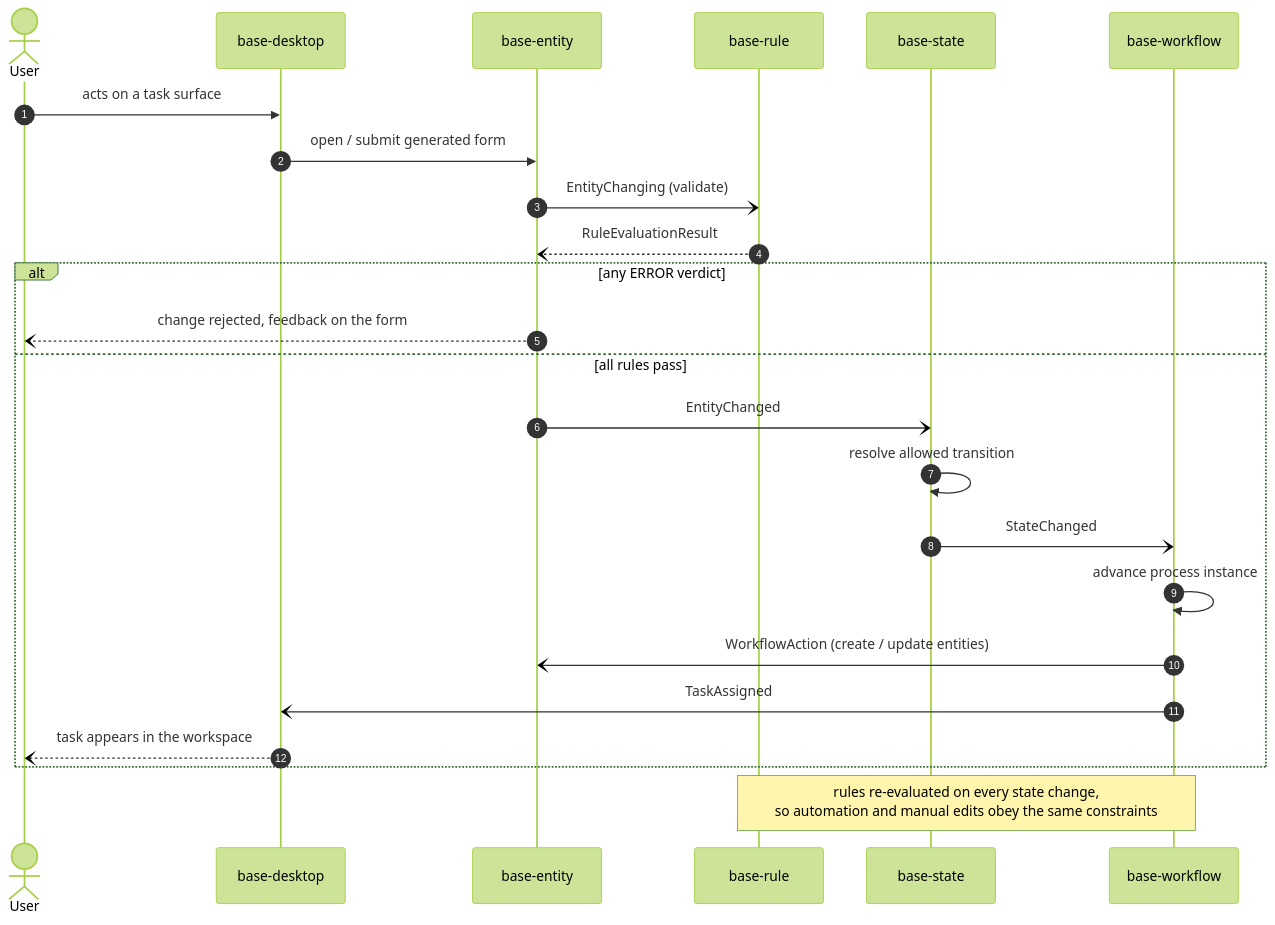
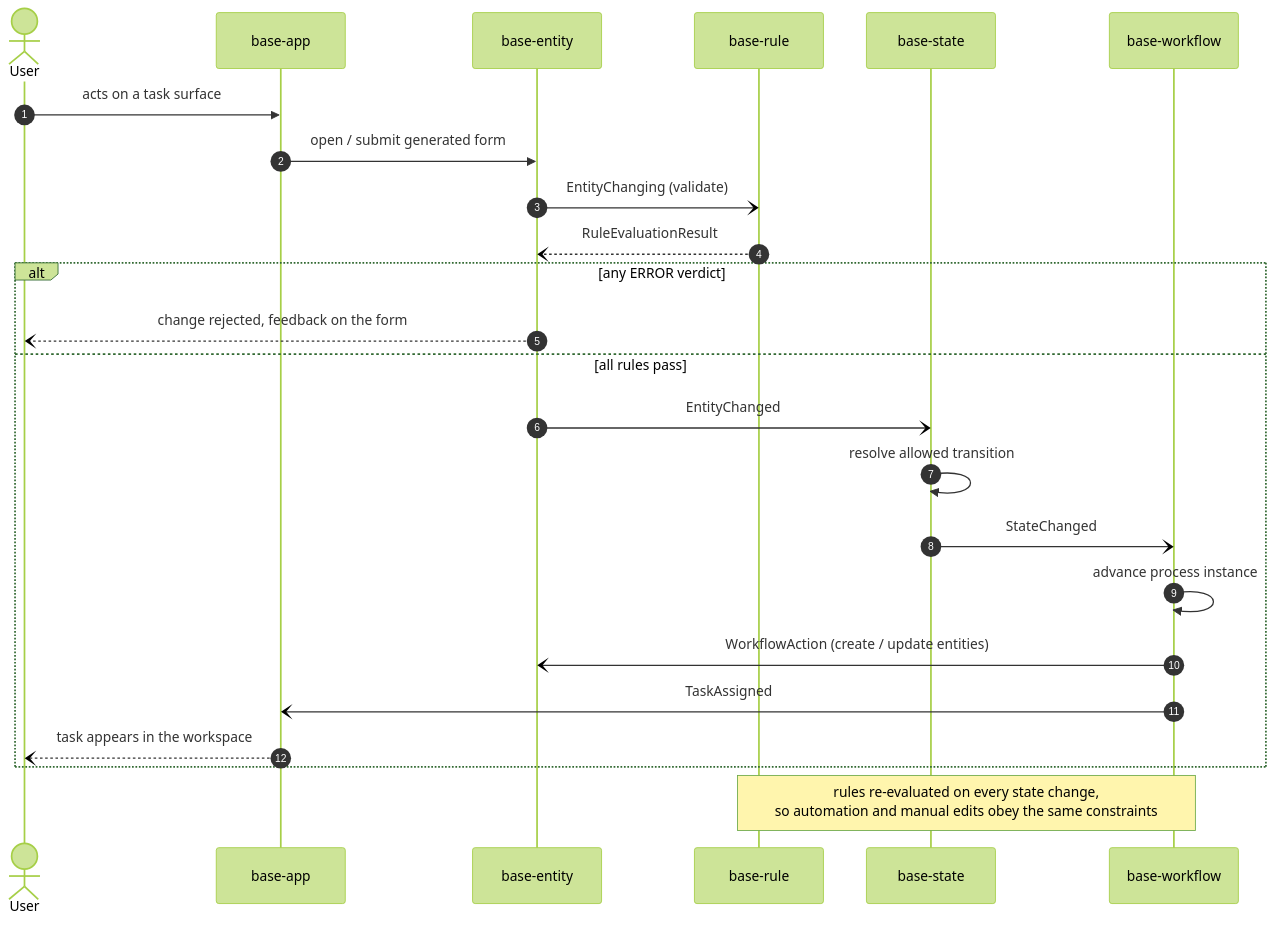
Before and after one commit to ZsZs/processpuzzle: the second of 3 diagrams in README.md, drawn with Mermaid (forest theme). The commit also changed other lines of this file and 55 other files, not shown here.

Commit message:
fix(base-app): Rename base-desktop to base-app.

````diff
--- a/README.md
+++ b/README.md
@@ -112,27 +112,27 @@
 ```mermaid
 sequenceDiagram
   autonumber
   actor User
-  participant D as base-desktop
+  participant D as base-app
   participant E as base-entity
   participant R as base-rule
   participant S as base-state
   participant W as base-workflow
 
   User->>D: acts on a task surface
   D->>E: open / submit generated form
   E-)R: EntityChanging (validate)
   R--)E: RuleEvaluationResult
   alt any ERROR verdict
     E--)User: change rejected, feedback on the form
   else all rules pass
     E-)S: EntityChanged
     S->>S: resolve allowed transition
     S-)W: StateChanged
     W->>W: advance process instance
     W-)E: WorkflowAction (create / update entities)
     W-)D: TaskAssigned
     D--)User: task appears in the workspace
   end
   Note over R,W: rules re-evaluated on every state change,<br/>so automation and manual edits obey the same constraints
 ```
````
